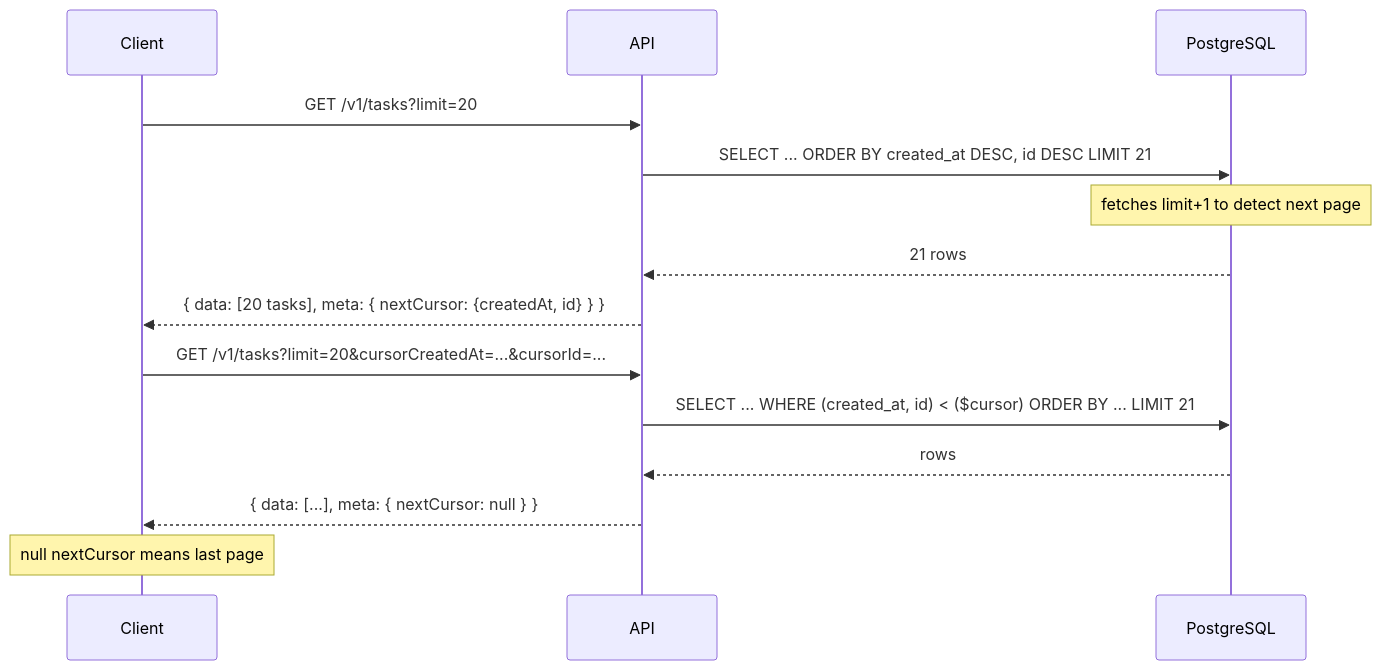
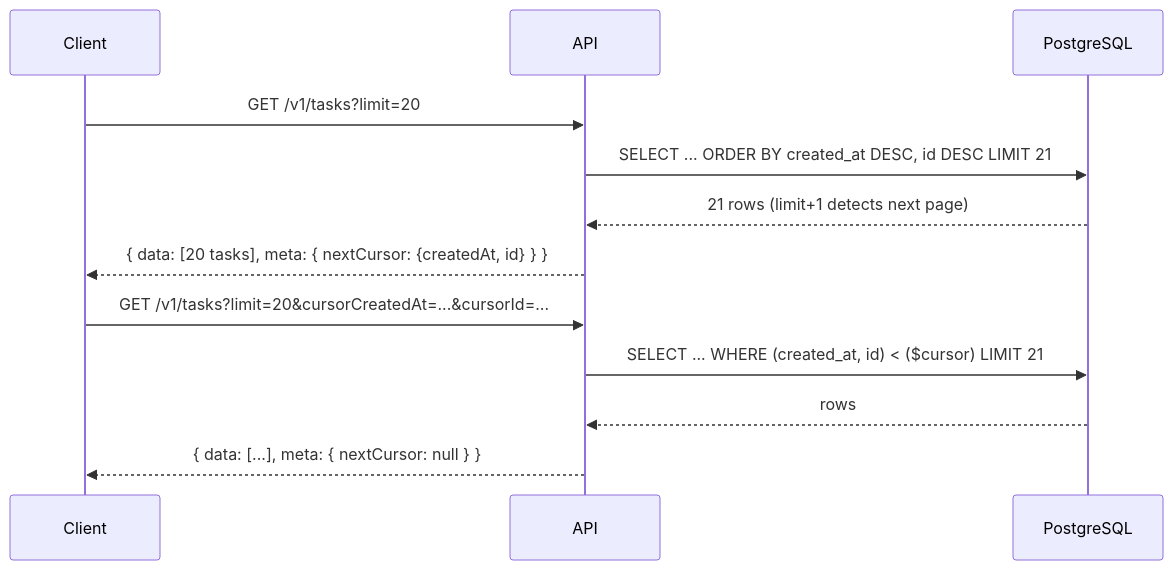
The fifth of 6 diagrams in README.md (bernardoCardoso21/Taskflow), drawn with Mermaid before and after one commit. The commit also changed other lines of this file, not shown here.

First line of the commit message:
docs: simplify mermaid diagrams for GitHub rendering

````diff
--- a/README.md
+++ b/README.md
@@ -180,18 +166,16 @@
 ```mermaid
 sequenceDiagram
     participant C as Client
     participant API as API
     participant DB as PostgreSQL
 
     C->>API: GET /v1/tasks?limit=20
     API->>DB: SELECT ... ORDER BY created_at DESC, id DESC LIMIT 21
-    Note over DB: fetches limit+1 to detect next page
-    DB-->>API: 21 rows
+    DB-->>API: 21 rows (limit+1 detects next page)
     API-->>C: { data: [20 tasks], meta: { nextCursor: {createdAt, id} } }
 
     C->>API: GET /v1/tasks?limit=20&cursorCreatedAt=...&cursorId=...
-    API->>DB: SELECT ... WHERE (created_at, id) < ($cursor) ORDER BY ... LIMIT 21
+    API->>DB: SELECT ... WHERE (created_at, id) < ($cursor) LIMIT 21
     DB-->>API: rows
     API-->>C: { data: [...], meta: { nextCursor: null } }
-    Note over C: null nextCursor means last page
 ```
````
